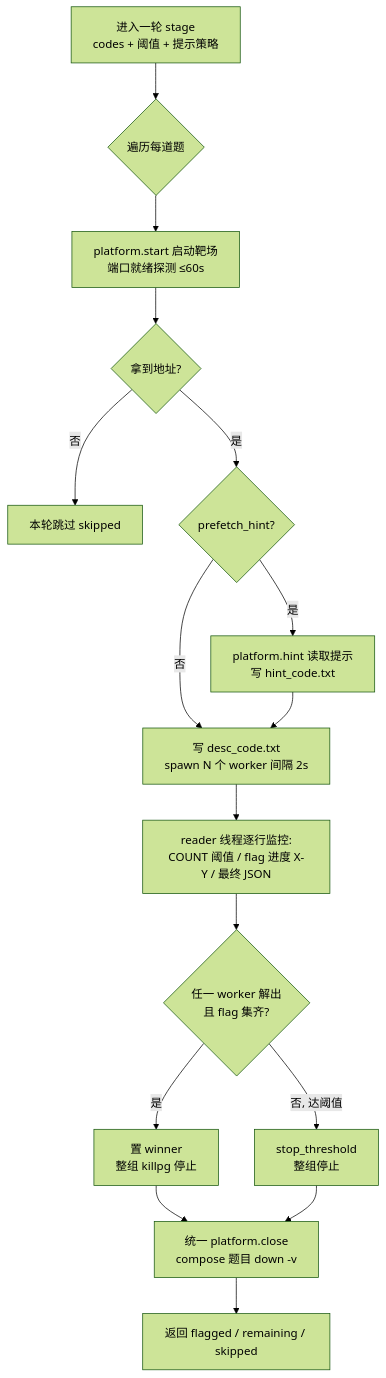
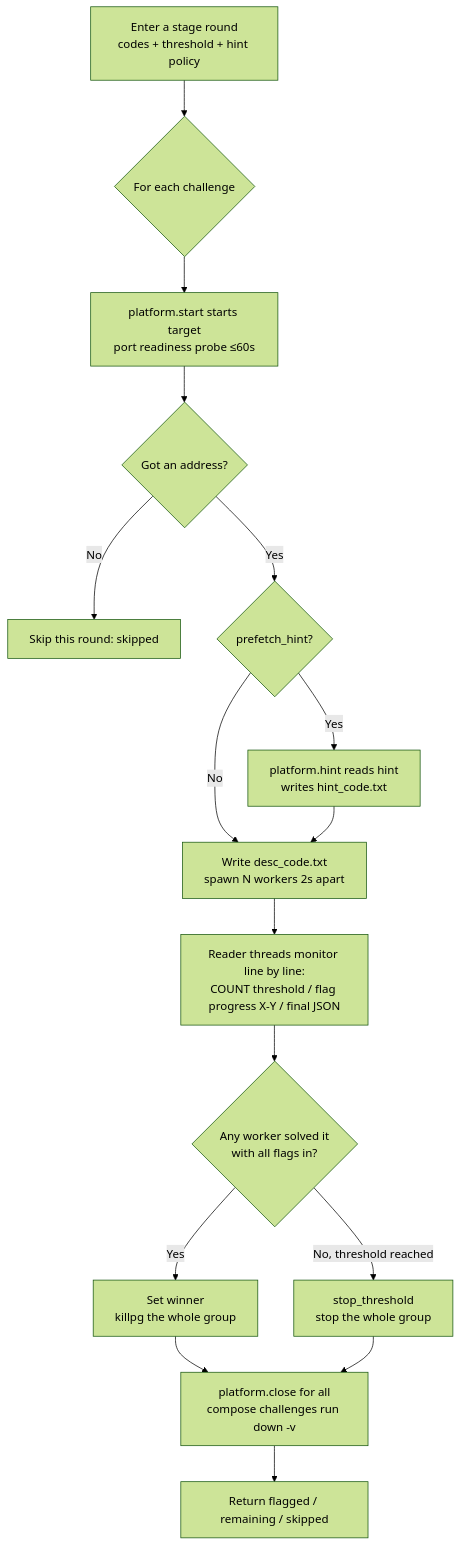
Before and after one commit to JiminLee-way/Cruiser-Agent: the fourth of 8 diagrams in doc/TECHNICAL_DESIGN.md, drawn with Mermaid (forest theme). The commit also changed other lines of this file and 35 other files, not shown here.

````diff
--- a/doc/TECHNICAL_DESIGN.md
+++ b/doc/TECHNICAL_DESIGN.md
@@ -333,18 +333,18 @@
 ```mermaid
 flowchart TD
-    A[进入一轮 stage<br/>codes + 阈值 + 提示策略] --> B{遍历每道题}
-    B --> E[platform.start 启动靶场<br/>端口就绪探测 ≤60s]
-    E --> F{拿到地址?}
-    F -->|否| G[本轮跳过 skipped]
-    F -->|是| H{prefetch_hint?}
-    H -->|是| I[platform.hint 读取提示<br/>写 hint_code.txt]
-    H -->|否| J
-    I --> J[写 desc_code.txt<br/>spawn N 个 worker 间隔 2s]
-    J --> K[reader 线程逐行监控:<br/>COUNT 阈值 / flag 进度 X-Y / 最终 JSON]
-    K --> L{任一 worker 解出<br/>且 flag 集齐?}
-    L -->|是| M[置 winner<br/>整组 killpg 停止]
-    L -->|否, 达阈值| N[stop_threshold<br/>整组停止]
-    M --> O[统一 platform.close<br/>compose 题目 down -v]
+    A[Enter a stage round<br/>codes + threshold + hint policy] --> B{For each challenge}
+    B --> E[platform.start starts target<br/>port readiness probe ≤60s]
+    E --> F{Got an address?}
+    F -->|No| G[Skip this round: skipped]
+    F -->|Yes| H{prefetch_hint?}
+    H -->|Yes| I[platform.hint reads hint<br/>writes hint_code.txt]
+    H -->|No| J
+    I --> J[Write desc_code.txt<br/>spawn N workers 2s apart]
+    J --> K[Reader threads monitor line by line:<br/>COUNT threshold / flag progress X-Y / final JSON]
+    K --> L{Any worker solved it<br/>with all flags in?}
+    L -->|Yes| M[Set winner<br/>killpg the whole group]
+    L -->|No, threshold reached| N[stop_threshold<br/>stop the whole group]
+    M --> O[platform.close for all<br/>compose challenges run down -v]
     N --> O
-    O --> P[返回 flagged / remaining / skipped]
+    O --> P[Return flagged / remaining / skipped]
 ```
````
